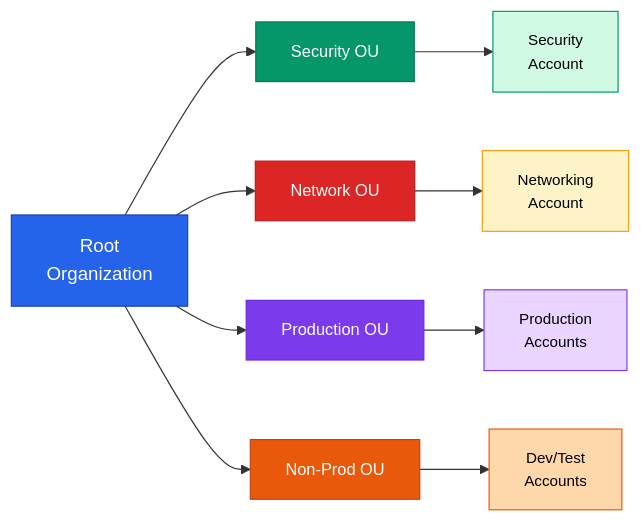
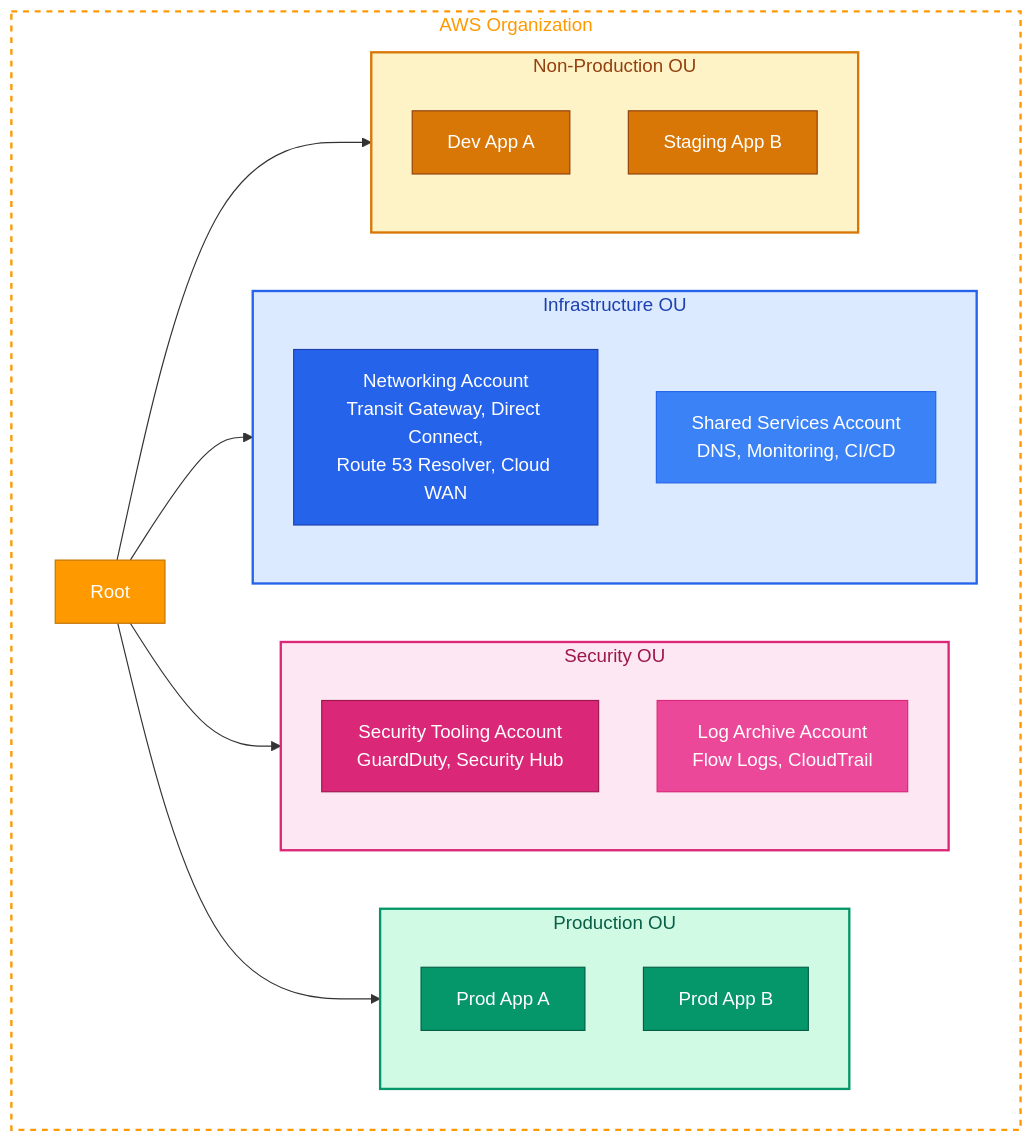
Before and after one commit to aws/aws-networking-best-practices: the diagram in content/foundation/organizations.md, drawn with Mermaid. The commit also changed other lines of this file and 41 other files, not shown here.

````diff
--- a/content/foundation/organizations.md
+++ b/content/foundation/organizations.md
@@ -5,24 +10,46 @@
 ``` mermaid
-graph LR
-    Root["Root<br/>Organization"]
+graph TB
+    subgraph Org["AWS Organization"]
+        Root["Root"]
+        
+        subgraph InfraOU["Infrastructure OU"]
+            NetAcct["Networking Account<br/>Transit Gateway, Direct Connect,<br/>Route 53 Resolver, Cloud WAN"]
+            SharedSvc["Shared Services Account<br/>DNS, Monitoring, CI/CD"]
+        end
+        
+        subgraph SecurityOU["Security OU"]
+            SecTooling["Security Tooling Account<br/>GuardDuty, Security Hub"]
+            LogArchive["Log Archive Account<br/>Flow Logs, CloudTrail"]
+        end
+        
+        subgraph ProdOU["Production OU"]
+            ProdApp1["Prod App A"]
+            ProdApp2["Prod App B"]
+        end
+        
+        subgraph NonProdOU["Non-Production OU"]
+            DevApp1["Dev App A"]
+            StagingApp1["Staging App B"]
+        end
+        
+        Root --> InfraOU
+        Root --> SecurityOU
+        Root --> ProdOU
+        Root --> NonProdOU
+    end
     
-    Root --> Security["Security OU"]
-    Root --> Network["Network OU"]
-    Root --> Prod["Production OU"]
-    Root --> NonProd["Non-Prod OU"]
-    
-    Security --> SecAccount["Security<br/>Account"]
-    Network --> NetAccount["Networking<br/>Account"]
-    Prod --> ProdApp["Production<br/>Accounts"]
-    NonProd --> DevAccount["Dev/Test<br/>Accounts"]
-    
-    style Root fill:#2563eb,stroke:#1e40af,color:#fff,font-size:16px
-    style Security fill:#059669,stroke:#047857,color:#fff,font-size:14px
-    style Network fill:#dc2626,stroke:#b91c1c,color:#fff,font-size:14px
-    style Prod fill:#7c3aed,stroke:#6d28d9,color:#fff,font-size:14px
-    style NonProd fill:#ea580c,stroke:#c2410c,color:#fff,font-size:14px
-    style SecAccount fill:#d1fae5,stroke:#059669,color:#000,font-size:13px
-    style NetAccount fill:#fef3c7,stroke:#f59e0b,color:#000,font-size:13px
-    style ProdApp fill:#e9d5ff,stroke:#7c3aed,color:#000,font-size:13px
-    style DevAccount fill:#fed7aa,stroke:#ea580c,color:#000,font-size:13px
+    style Org fill:none,stroke:#ff9900,stroke-width:2px,stroke-dasharray:5 5,color:#ff9900
+    style InfraOU fill:#dbeafe,stroke:#2563eb,stroke-width:2px,color:#1e40af
+    style SecurityOU fill:#fce7f3,stroke:#db2777,stroke-width:2px,color:#9d174d
+    style ProdOU fill:#d1fae5,stroke:#059669,stroke-width:2px,color:#065f46
+    style NonProdOU fill:#fef3c7,stroke:#d97706,stroke-width:2px,color:#92400e
+    style Root fill:#ff9900,stroke:#c27400,color:#fff
+    style NetAcct fill:#2563eb,stroke:#1e40af,color:#fff
+    style SharedSvc fill:#3b82f6,stroke:#2563eb,color:#fff
+    style SecTooling fill:#db2777,stroke:#9d174d,color:#fff
+    style LogArchive fill:#ec4899,stroke:#db2777,color:#fff
+    style ProdApp1 fill:#059669,stroke:#065f46,color:#fff
+    style ProdApp2 fill:#059669,stroke:#065f46,color:#fff
+    style DevApp1 fill:#d97706,stroke:#92400e,color:#fff
+    style StagingApp1 fill:#d97706,stroke:#92400e,color:#fff
 ```
````
